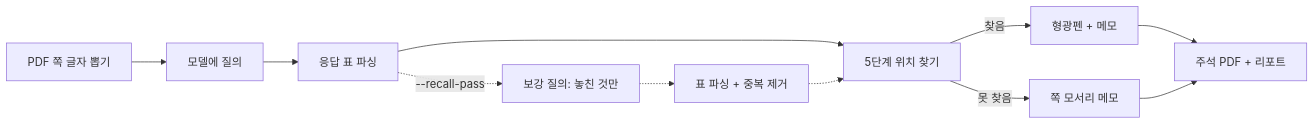
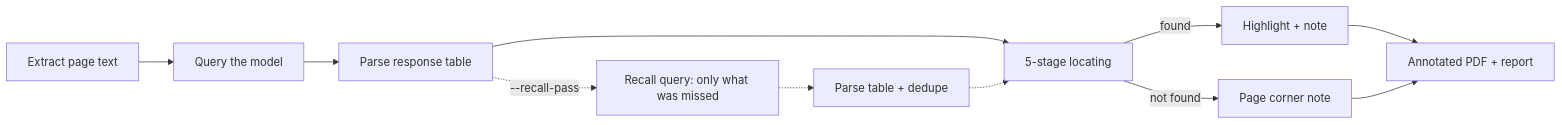
Before and after one commit to LeeGyeongPil/pdf-redpen: the diagram in README.md, drawn with Mermaid. The commit also changed other lines of this file and 2 other files, not shown here.

````diff
--- a/README.md
+++ b/README.md
@@ -164,13 +165,13 @@
 ```mermaid
 flowchart LR
-  A[PDF 쪽 글자 뽑기] --> B[모델에 질의]
-  B --> C[응답 표 파싱]
-  C -.->|--recall-pass| D[보강 질의: 놓친 것만]
-  D -.-> E[표 파싱 + 중복 제거]
-  C --> F[5단계 위치 찾기]
+  A["Extract page text"] --> B["Query the model"]
+  B --> C["Parse response table"]
+  C -.->|--recall-pass| D["Recall query: only what was missed"]
+  D -.-> E["Parse table + dedupe"]
+  C --> F["5-stage locating"]
   E -.-> F
-  F -->|찾음| G[형광펜 + 메모]
-  F -->|못 찾음| H[쪽 모서리 메모]
-  G --> I[주석 PDF + 리포트]
+  F -->|found| G["Highlight + note"]
+  F -->|not found| H["Page corner note"]
+  G --> I["Annotated PDF + report"]
   H --> I
 ```
````
